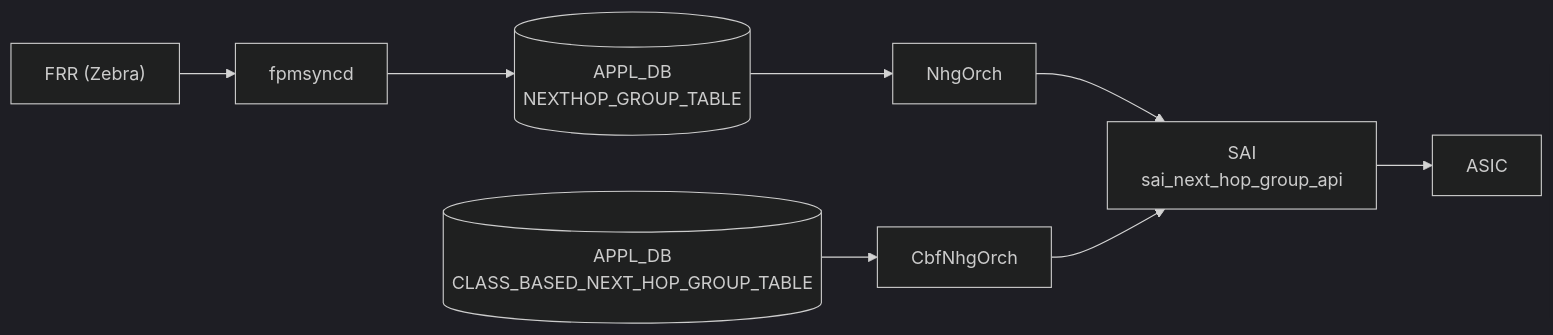
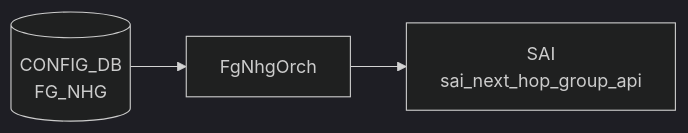
One commit to aoki-taquan/sonic-unofficial-docs changed the diagram in docs/reference/config-db/nhg-table.md. Above: the diagram before and after it, drawn with Mermaid (dark theme). The commit also changed other lines of this file and 359 other files, not shown here.

````diff
--- a/docs/reference/config-db/nhg-table.md
+++ b/docs/reference/config-db/nhg-table.md
@@ -51,13 +51,8 @@
 ```mermaid
 flowchart LR
-  FRR["FRR (Zebra)"]
-  FPM["fpmsyncd"]
-  NHG[("APPL_DB<br/>NEXTHOP_GROUP_TABLE")]
-  CBF[("APPL_DB<br/>CLASS_BASED_NEXT_HOP_GROUP_TABLE")]
-  OA1["NhgOrch"]
-  OA2["CbfNhgOrch"]
+  CDB[("CONFIG_DB<br/>FG_NHG")]
+  DM["FgNhgOrch"]
+  CDB --> DM
   SAI["SAI<br/>sai_next_hop_group_api"]
-  HW["ASIC"]
-  FRR --> FPM --> NHG --> OA1 --> SAI --> HW
-  CBF --> OA2 --> SAI
+  DM --> SAI
 ```
````
